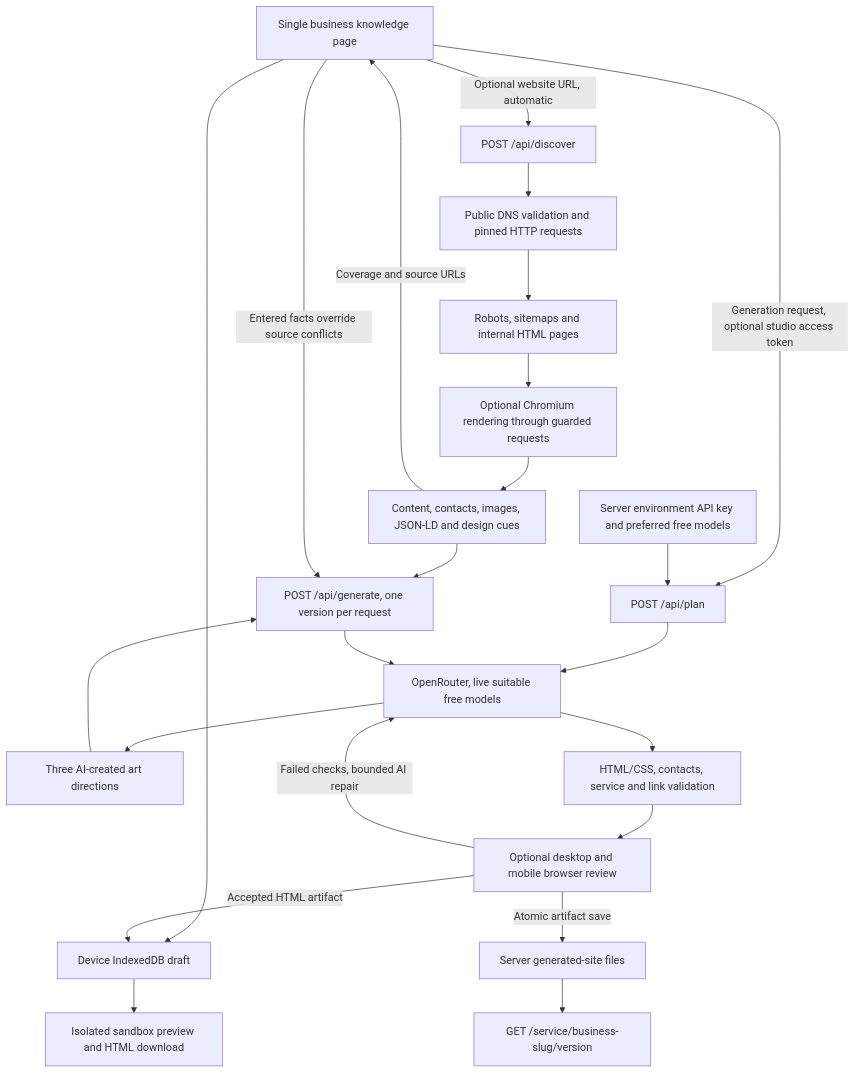
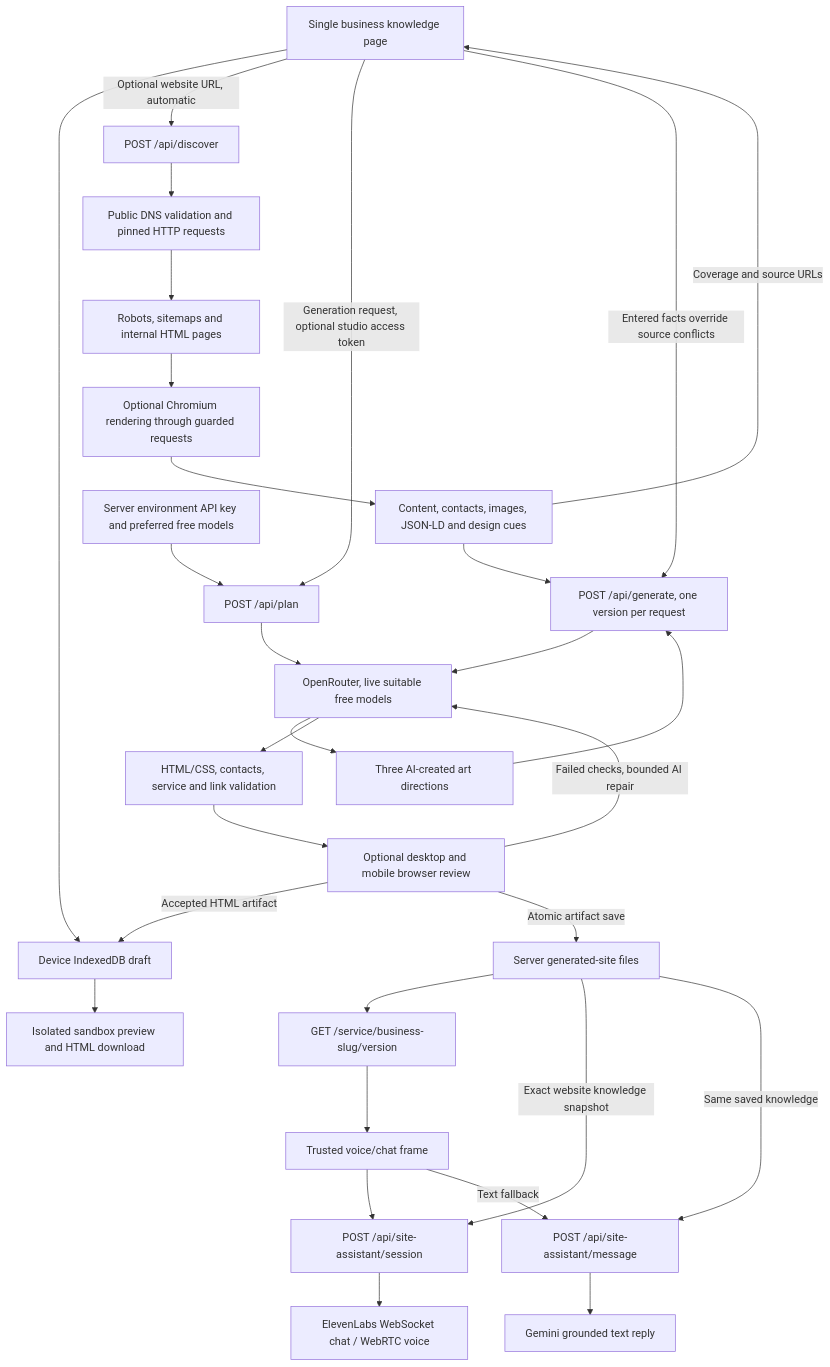
One commit to tinitiateprime/everonnai changed the diagram in PROJECT_DATA_FLOW.md. Above: the diagram before and after it, drawn with Mermaid. The commit also changed other lines of this file and 25 other files, not shown here.

Commit message:
Add knowledge-grounded voice and chat to generated websites

````diff
--- a/PROJECT_DATA_FLOW.md
+++ b/PROJECT_DATA_FLOW.md
@@ -3,25 +3,32 @@
 ```mermaid
 flowchart TD
   User[Single business knowledge page] --> Draft[Device IndexedDB draft]
   User -->|Optional website URL, automatic| Discover[POST /api/discover]
   Discover --> Network[Public DNS validation and pinned HTTP requests]
   Network --> Source[Robots, sitemaps and internal HTML pages]
   Source --> Browser[Optional Chromium rendering through guarded requests]
   Browser --> Evidence[Content, contacts, images, JSON-LD and design cues]
   Evidence -->|Coverage and source URLs| User
   User -->|Generation request, optional studio access token| Plan[POST /api/plan]
   ServerEnv[Server environment API key and preferred free models] --> Plan
   Plan --> Router[OpenRouter, live suitable free models]
   Router --> Directions[Three AI-created art directions]
   Directions --> Generate[POST /api/generate, one version per request]
   Evidence --> Generate
   User -->|Entered facts override source conflicts| Generate
   Generate --> Router
   Router --> Validate[HTML/CSS, contacts, service and link validation]
   Validate --> Inspect[Optional desktop and mobile browser review]
   Inspect -->|Failed checks, bounded AI repair| Router
   Inspect -->|Accepted HTML artifact| Draft
   Inspect -->|Atomic artifact save| SiteStore[Server generated-site files]
   SiteStore --> SiteURL[GET /service/business-slug/version]
+  SiteURL --> Widget[Trusted voice/chat frame]
+  Widget --> Session[POST /api/site-assistant/session]
+  SiteStore -->|Exact website knowledge snapshot| Session
+  Session --> ElevenLabs[ElevenLabs WebSocket chat / WebRTC voice]
+  Widget -->|Text fallback| Reply[POST /api/site-assistant/message]
+  SiteStore -->|Same saved knowledge| Reply
+  Reply --> Gemini[Gemini grounded text reply]
   Draft --> Preview[Isolated sandbox preview and HTML download]
 ```
````
